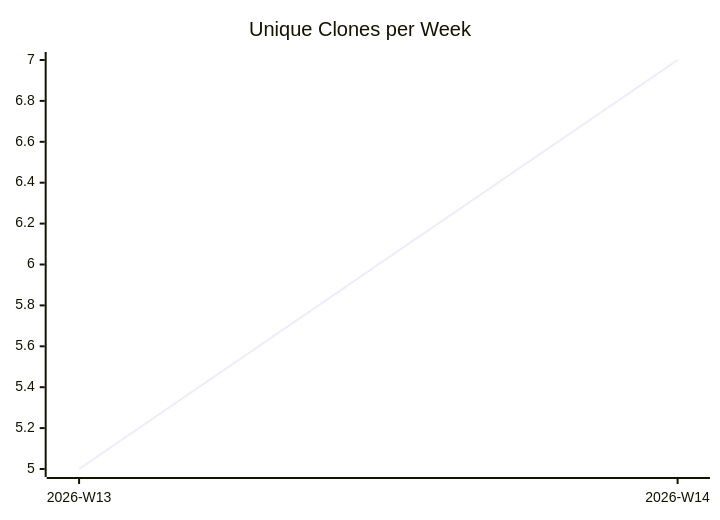
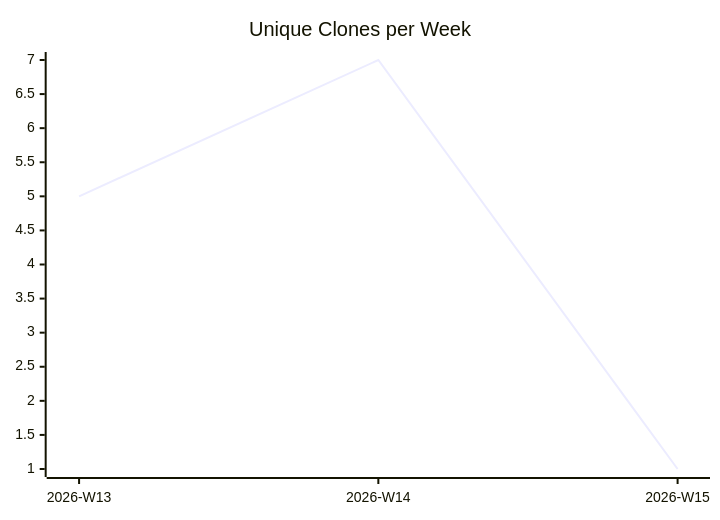
The third of 3 diagrams in karlmdavis/fhir-benchmarks/README.md (justdavis-family/github-analytics-data), drawn with Mermaid before and after one commit. The commit also changed other lines of this file and 190 other files, not shown here.

````diff
--- a/karlmdavis/fhir-benchmarks/README.md
+++ b/karlmdavis/fhir-benchmarks/README.md
@@ -19,6 +19,6 @@
 ```mermaid
 xychart-beta
   title "Unique Clones per Week"
-  x-axis ["2026-W13", "2026-W14"]
-  line [5, 7]
+  x-axis ["2026-W13", "2026-W14", "2026-W15"]
+  line [5, 7, 1]
 ```
````
